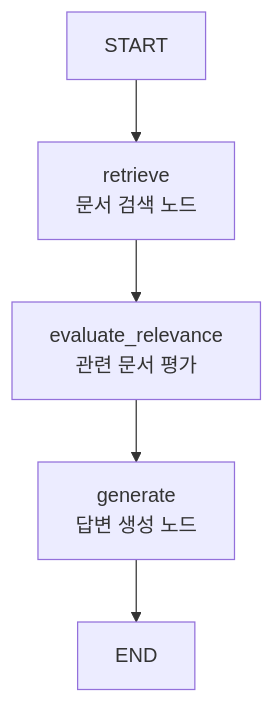
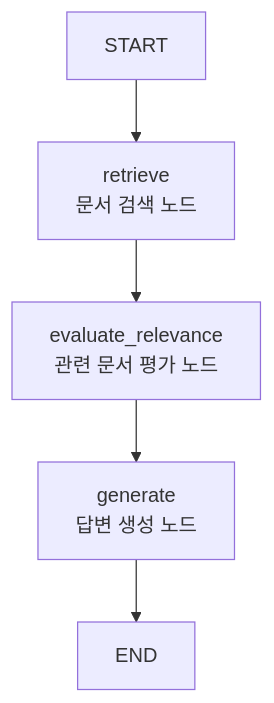
Before and after one commit to SKNETWORKS-FAMILY-AICAMP/SKN27-4th-2team: the second of 2 diagrams in backend/Workflow.md, drawn with Mermaid. The commit also changed other lines of this file, not shown here.

````diff
--- a/backend/Workflow.md
+++ b/backend/Workflow.md
@@ -9,7 +38,7 @@
 ```mermaid
 flowchart TD
-    A["START"] --> B["retrieve<br/>문서 검색 노드"]
-    B --> C["evaluate_relevance<br/>관련 문서 평가"]
-    C --> D["generate<br/>답변 생성 노드"]
-    D --> E["END"]
+    START["START"] --> RETRIEVE["retrieve<br/>문서 검색 노드"]
+    RETRIEVE --> EVALUATE["evaluate_relevance<br/>관련 문서 평가 노드"]
+    EVALUATE --> GENERATE["generate<br/>답변 생성 노드"]
+    GENERATE --> END["END"]
 ```
````
